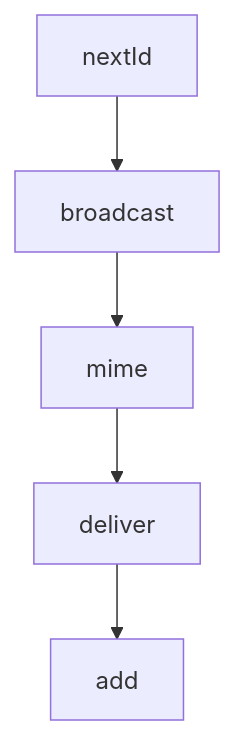
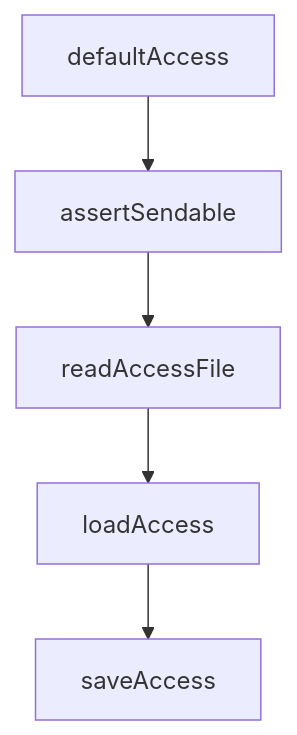
One commit to johnxie/awesome-code-docs changed the diagram in tutorials/claude-plugins-official-tutorial/01-getting-started.md. Above: the diagram before and after it, drawn with Mermaid. The commit also changed other lines of this file and 1232 other files, not shown here.

````diff
--- a/tutorials/claude-plugins-official-tutorial/01-getting-started.md
+++ b/tutorials/claude-plugins-official-tutorial/01-getting-started.md
@@ -227,12 +225,12 @@
 ```mermaid
 flowchart TD
-    A[nextId]
-    B[broadcast]
-    C[mime]
-    D[deliver]
-    E[add]
+    A[defaultAccess]
+    B[assertSendable]
+    C[readAccessFile]
+    D[loadAccess]
+    E[saveAccess]
     A --> B
     B --> C
     C --> D
     D --> E
 ```
````
